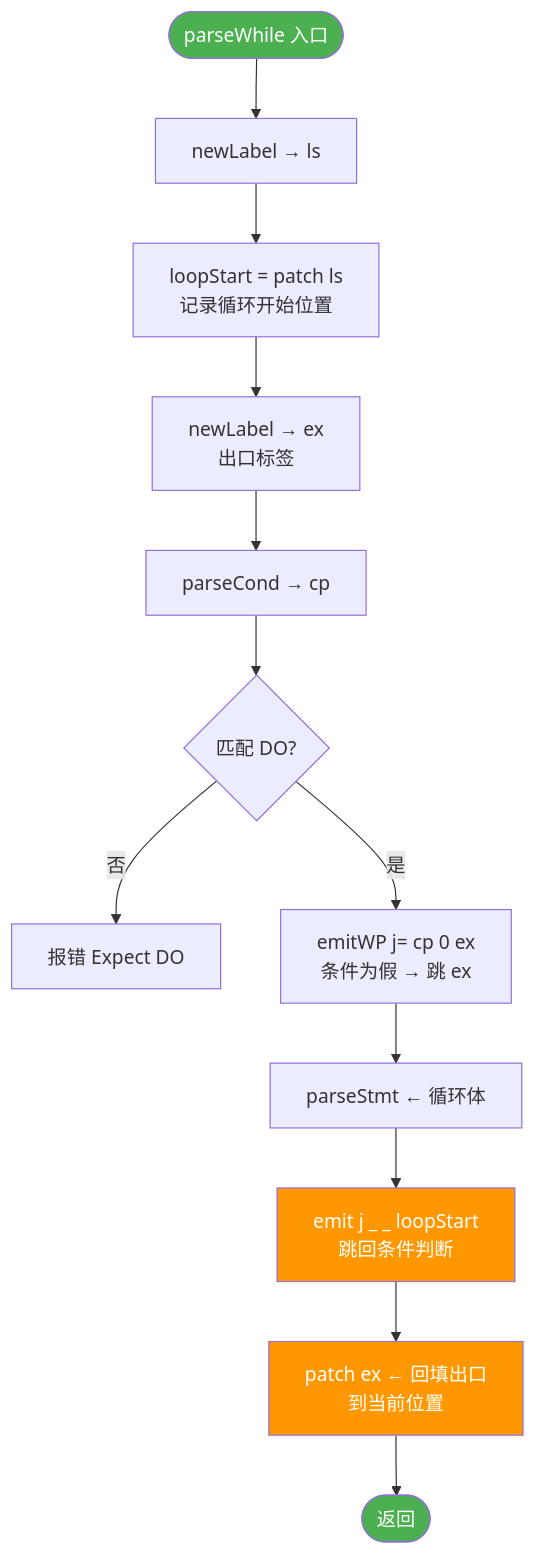
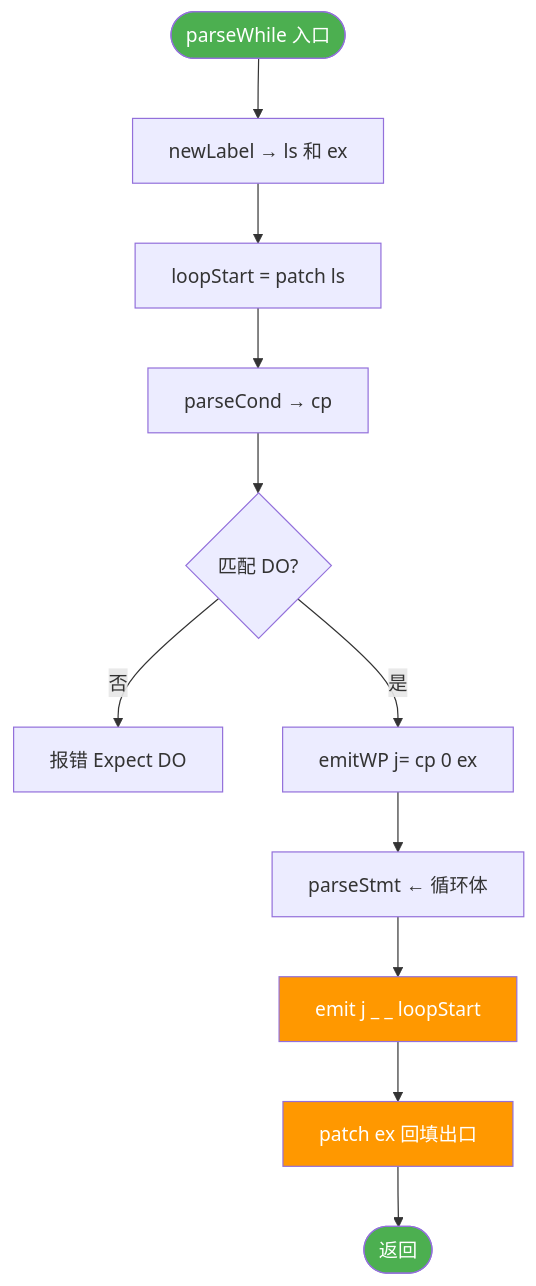
Before and after one commit to sayzwx/L--PL-0: the seventh of 11 diagrams in Docs/设计流程图.md, drawn with Mermaid. The commit also changed other lines of this file and 2 other files, not shown here.

Commit message:
简化 Mermaid 流程图：拆分复杂图表，移除 \\n 改用 text

````diff
--- a/Docs/设计流程图.md
+++ b/Docs/设计流程图.md
@@ -209,19 +210,18 @@
 ```mermaid
 flowchart TD
-    StartWhile([parseWhile 入口]) --> NewLabel[newLabel → ls]
-    NewLabel --> PatchLS[loopStart = patch ls\n记录循环开始位置]
-    PatchLS --> NewLabelEx[newLabel → ex\n出口标签]
-    NewLabelEx --> Cond[parseCond → cp]
+    StartWhile([parseWhile 入口]) --> NewLabel[newLabel → ls 和 ex]
+    NewLabel --> PatchLS[loopStart = patch ls]
+    PatchLS --> Cond[parseCond → cp]
     Cond --> CheckDo{匹配 DO?}
     CheckDo -->|否| ErrDo[报错 Expect DO]
-    CheckDo -->|是| EmitWP[emitWP j= cp 0 ex\n条件为假 → 跳 ex]
+    CheckDo -->|是| EmitWP[emitWP j= cp 0 ex]
     EmitWP --> Body[parseStmt ← 循环体]
-    Body --> JumpBack[emit j _ _ loopStart\n跳回条件判断]
-    JumpBack --> PatchEx[patch ex ← 回填出口\n到当前位置]
+    Body --> JumpBack[emit j _ _ loopStart]
+    JumpBack --> PatchEx[patch ex 回填出口]
     PatchEx --> EndWhile([返回])
 
     style StartWhile fill:#4CAF50,color:#fff
     style EndWhile fill:#4CAF50,color:#fff
     style JumpBack fill:#FF9800,color:#fff
     style PatchEx fill:#FF9800,color:#fff
 ```
````
